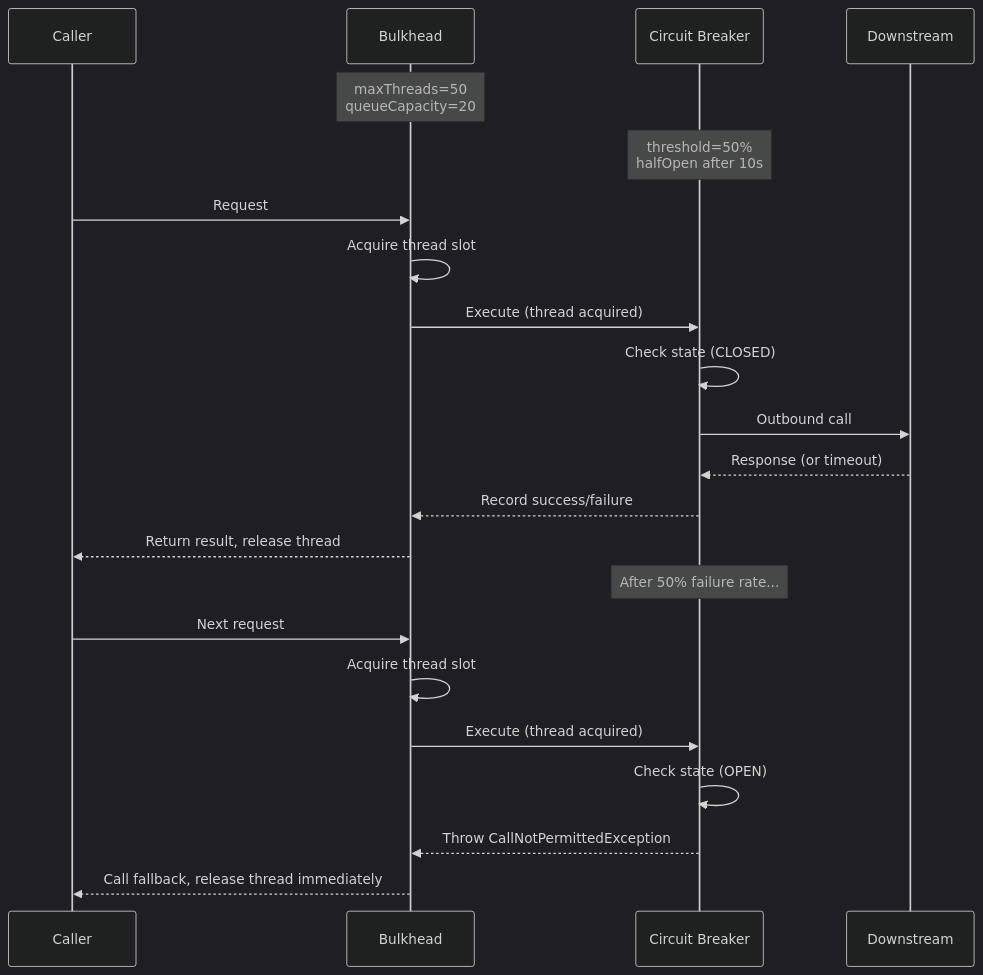
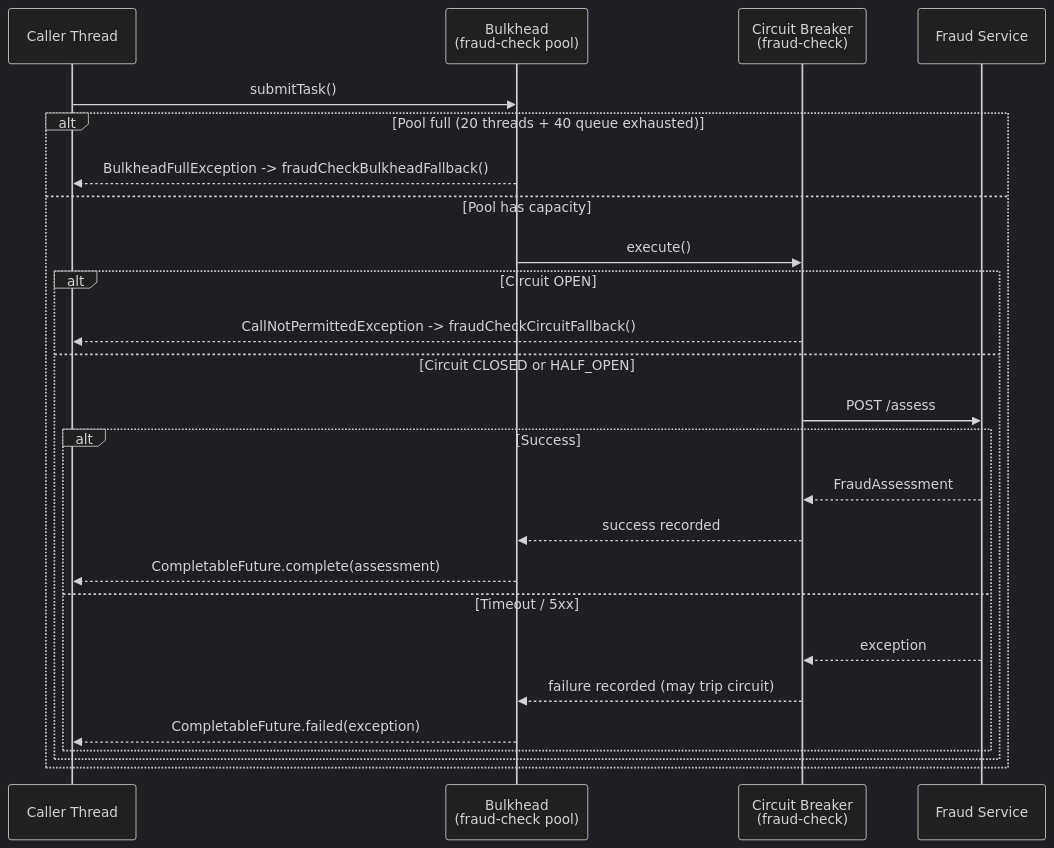
Before and after one commit to mostafasroor1983/fintech-engineering-mastery: the diagram in docs/content/tracks/track-08-reliability/lesson-03-bulkhead-pattern/index.md, drawn with Mermaid (dark theme). The commit also changed other lines of this file and 72 other files, not shown here.

````diff
--- a/docs/content/tracks/track-08-reliability/lesson-03-bulkhead-pattern/index.md
+++ b/docs/content/tracks/track-08-reliability/lesson-03-bulkhead-pattern/index.md
@@ -411,27 +551,28 @@
 ```mermaid
 sequenceDiagram
-    participant C as Caller
-    participant BH as Bulkhead
-    participant CB as Circuit Breaker
-    participant D as Downstream
+    participant C as Caller Thread
+    participant BH as Bulkhead<br/>(fraud-check pool)
+    participant CB as Circuit Breaker<br/>(fraud-check)
+    participant FS as Fraud Service
 
-    Note over BH: maxThreads=50<br/>queueCapacity=20
-    Note over CB: threshold=50%<br/>halfOpen after 10s
-
-    C->>BH: Request
-    BH->>BH: Acquire thread slot
-    BH->>CB: Execute (thread acquired)
-    CB->>CB: Check state (CLOSED)
-    CB->>D: Outbound call
-    D-->>CB: Response (or timeout)
-    CB-->>BH: Record success/failure
-    BH-->>C: Return result, release thread
-
-    Note over CB: After 50% failure rate...
-    C->>BH: Next request
-    BH->>BH: Acquire thread slot
-    BH->>CB: Execute (thread acquired)
-    CB->>CB: Check state (OPEN)
-    CB-->>BH: Throw CallNotPermittedException
-    BH-->>C: Call fallback, release thread immediately
+    C->>BH: submitTask()
+    alt Pool full (20 threads + 40 queue exhausted)
+        BH-->>C: BulkheadFullException -> fraudCheckBulkheadFallback()
+    else Pool has capacity
+        BH->>CB: execute()
+        alt Circuit OPEN
+            CB-->>C: CallNotPermittedException -> fraudCheckCircuitFallback()
+        else Circuit CLOSED or HALF_OPEN
+            CB->>FS: POST /assess
+            alt Success
+                FS-->>CB: FraudAssessment
+                CB-->>BH: success recorded
+                BH-->>C: CompletableFuture.complete(assessment)
+            else Timeout / 5xx
+                FS-->>CB: exception
+                CB-->>BH: failure recorded (may trip circuit)
+                BH-->>C: CompletableFuture.failed(exception)
+            end
+        end
+    end
 ```
````
